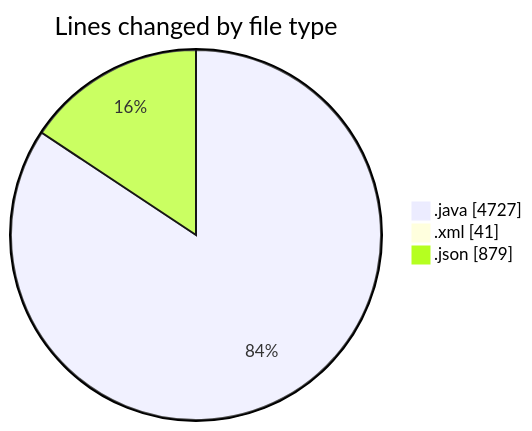
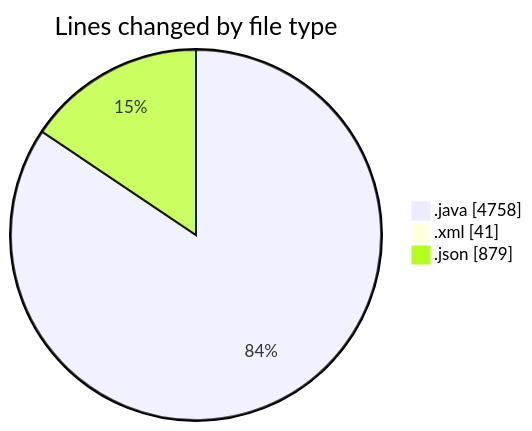
One commit to ricardozamudiocil/code-tracking changed the first of 2 diagrams in 2026-03-10/cilapp/README.md. Above: the diagram before and after it, drawn with Mermaid. The commit also changed other lines of this file and 1 other file, not shown here.

````diff
--- a/2026-03-10/cilapp/README.md
+++ b/2026-03-10/cilapp/README.md
@@ -25,7 +25,7 @@
 ```mermaid
 pie showData
 title Lines changed by file type
-".java" : 4727
+".java" : 4758
 ".xml" : 41
 ".json" : 879
 ```
````
